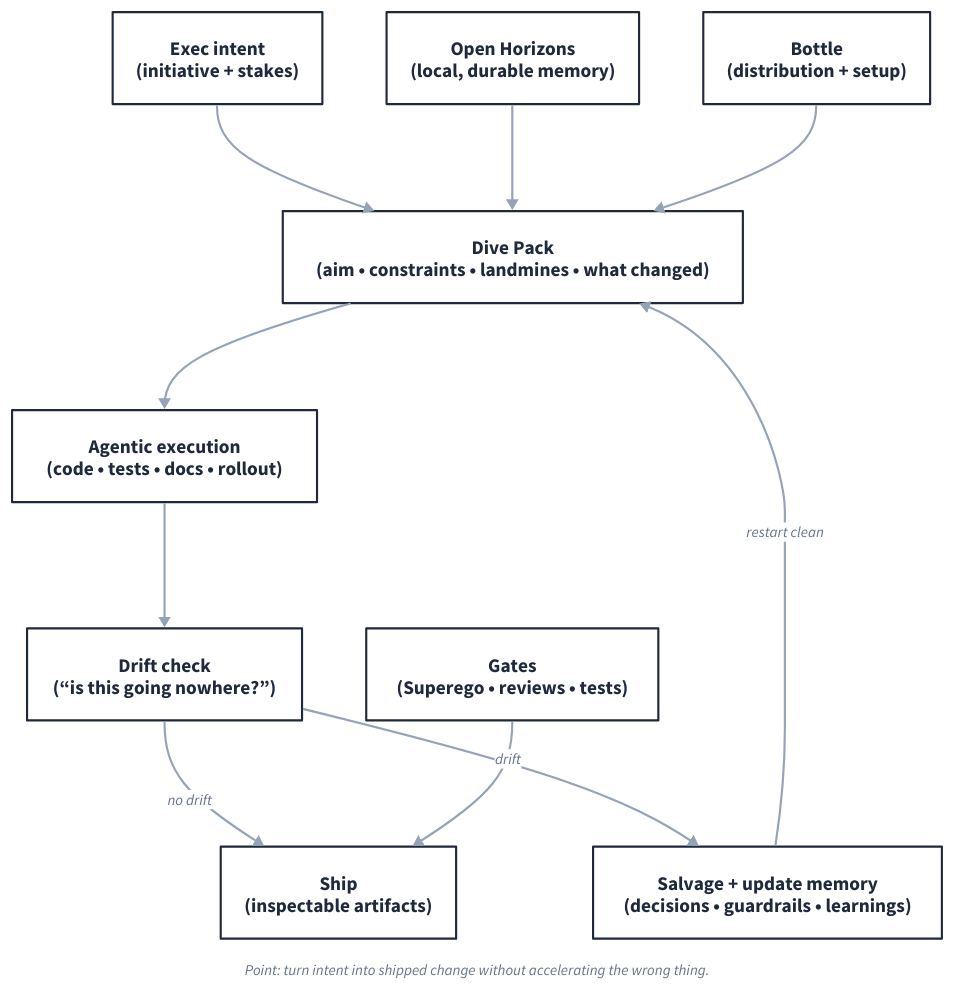
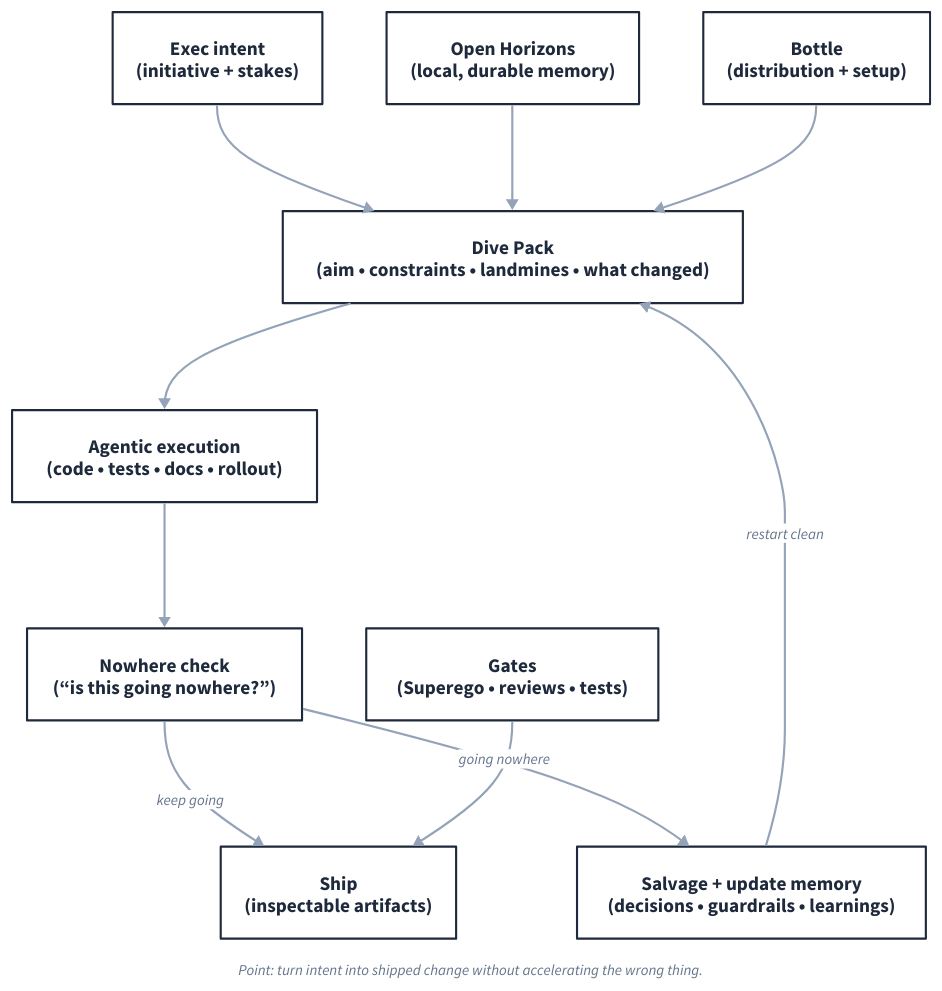
The diagram in viz/grounded-execution-system.d2 (muness/muness.github.io), drawn with D2 before and after one commit. The commit also changed 6 other files, not shown here.

Commit message:
Replace 'drift' with 'going nowhere'

```diff
--- a/viz/grounded-execution-system.d2
+++ b/viz/grounded-execution-system.d2
@@ -1,111 +1,111 @@
 direction: down
 
 vars: {
   center-color: "#64748B" # Slate gray
   accent-color: "#94A3B8" # Muted blue-gray
   text-color: "#1E293B" # Dark slate
   subtitle-color: "#64748B" # Medium slate
 }
 
 classes: {
   box: {
     style: {
       stroke: ${text-color}
       stroke-width: 2
       fill: "#FFFFFF"
       font-color: ${text-color}
       font-size: 18
       bold: true
     }
   }
   edge: {
     style: {
       stroke: ${accent-color}
       stroke-width: 2
       font-color: ${subtitle-color}
       font-size: 14
     }
   }
   note: {
     shape: text
     style: {
       font-color: ${subtitle-color}
       font-size: 14
       italic: true
     }
   }
 }
 
 exec: {
   class: box
   label: "Exec intent\n(initiative + stakes)"
 }
 
 dive: {
   class: box
   label: "Dive Pack\n(aim • constraints • landmines • what changed)"
 }
 
 run: {
   class: box
   label: "Agentic execution\n(code • tests • docs • rollout)"
 }
 
 drift: {
   class: box
-  label: "Drift check\n(“is this going nowhere?”)"
+  label: "Nowhere check\n(“is this going nowhere?”)"
 }
 
 ship: {
   class: box
   label: "Ship\n(inspectable artifacts)"
 }
 
 salvage: {
   class: box
   label: "Salvage + update memory\n(decisions • guardrails • learnings)"
 }
 
 exec -> dive: {class: edge}
 dive -> run: {class: edge}
 run -> drift: {class: edge}
 
 drift -> ship: {
   class: edge
-  label: "no drift"
+  label: "keep going"
 }
 
 drift -> salvage: {
   class: edge
-  label: "drift"
+  label: "going nowhere"
 }
 
 salvage -> dive: {
   class: edge
   label: "restart clean"
 }
 
 oh: {
   class: box
   label: "Open Horizons\n(local, durable memory)"
 }
 
 gates: {
   class: box
   label: "Gates\n(Superego • reviews • tests)"
 }
 
 bottle: {
   class: box
   label: "Bottle\n(distribution + setup)"
 }
 
 oh -> dive: {class: edge}
 gates -> ship: {class: edge}
 bottle -> dive: {class: edge}
 
 caption: {
   class: note
   label: "Point: turn intent into shipped change without accelerating the wrong thing."
   near: bottom-center
 }
```
